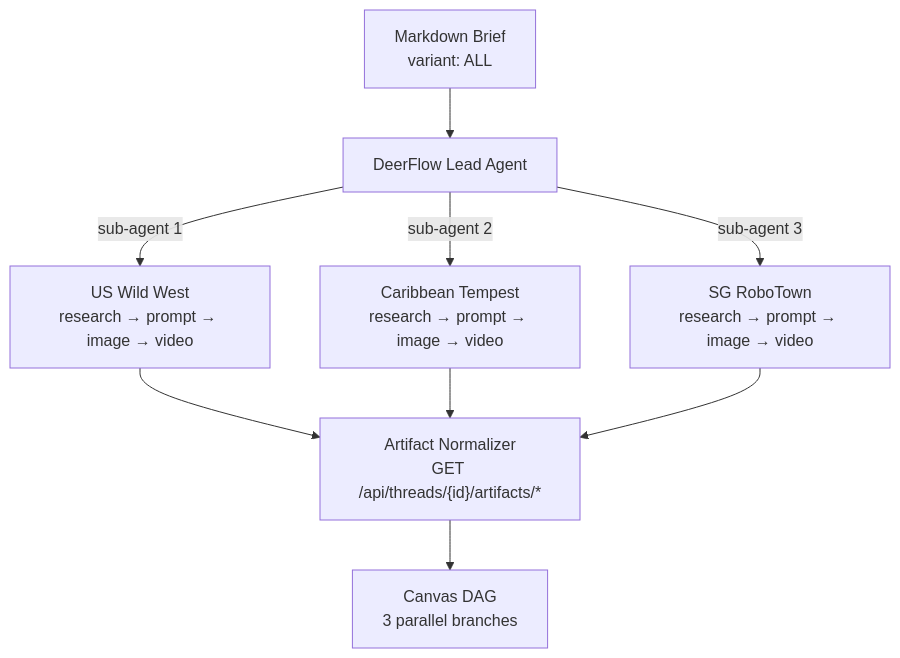
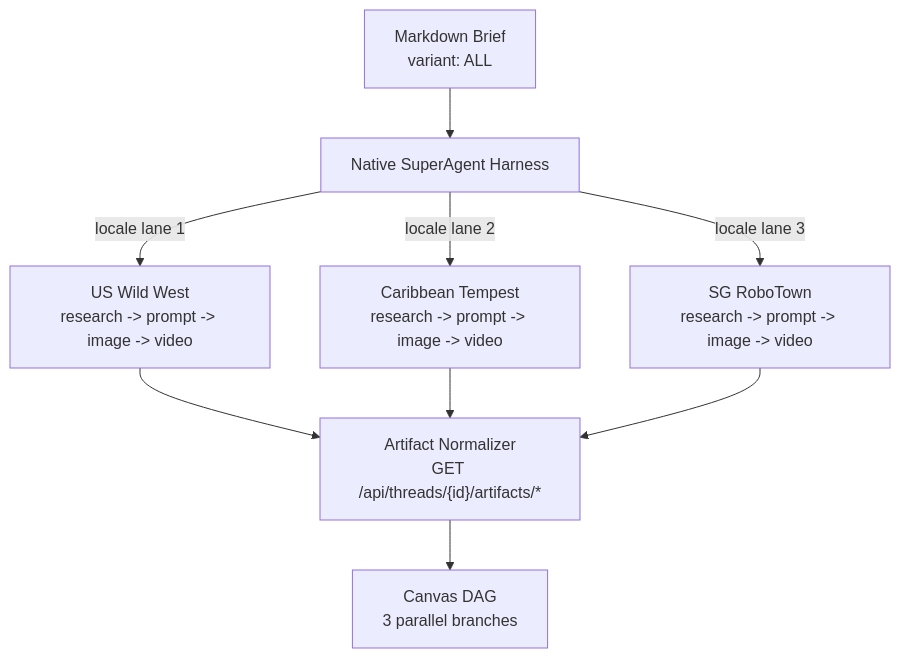
The second of 2 diagrams in docs/knowgrph-video-demo.md (huijoohwee/huijoohwee), drawn with Mermaid before and after one commit. The commit also changed other lines of this file and 1127 other files, not shown here.

````diff
--- a/docs/knowgrph-video-demo.md
+++ b/docs/knowgrph-video-demo.md
@@ -538,11 +538,11 @@
 ```mermaid
 flowchart TD
-    BRIEF["Markdown Brief\nvariant: ALL"] --> AGENT["DeerFlow Lead Agent"]
-    AGENT -->|"sub-agent 1"| US["US Wild West\nresearch → prompt → image → video"]
-    AGENT -->|"sub-agent 2"| CAR["Caribbean Tempest\nresearch → prompt → image → video"]
-    AGENT -->|"sub-agent 3"| SG["SG RoboTown\nresearch → prompt → image → video"]
+    BRIEF["Markdown Brief\nvariant: ALL"] --> AGENT["Native SuperAgent Harness"]
+    AGENT -->|"locale lane 1"| US["US Wild West\nresearch -> prompt -> image -> video"]
+    AGENT -->|"locale lane 2"| CAR["Caribbean Tempest\nresearch -> prompt -> image -> video"]
+    AGENT -->|"locale lane 3"| SG["SG RoboTown\nresearch -> prompt -> image -> video"]
     US --> ART["Artifact Normalizer\nGET /api/threads/{id}/artifacts/*"]
     CAR --> ART
     SG --> ART
     ART --> CANVAS["Canvas DAG\n3 parallel branches"]
 ```
````
